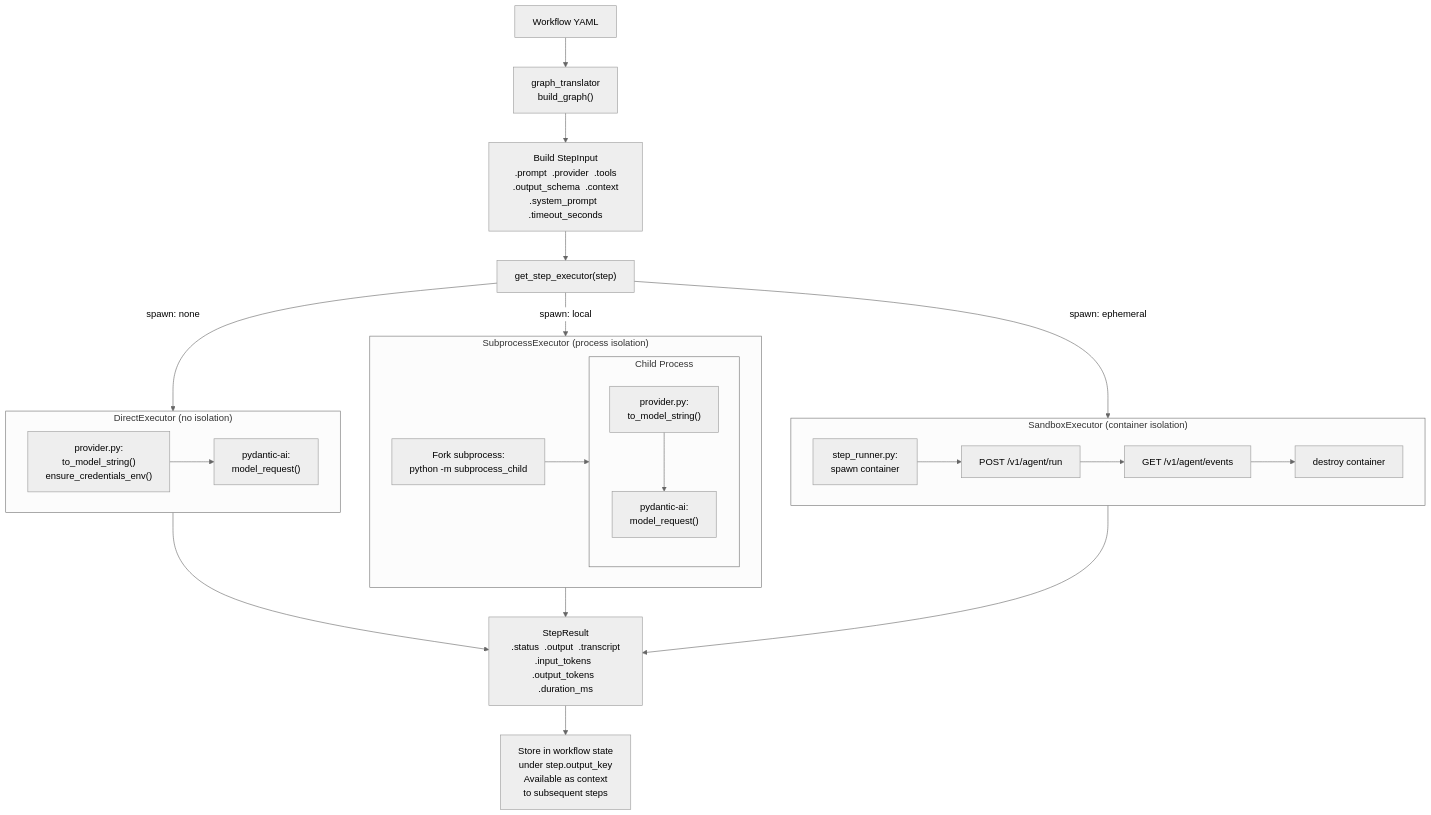
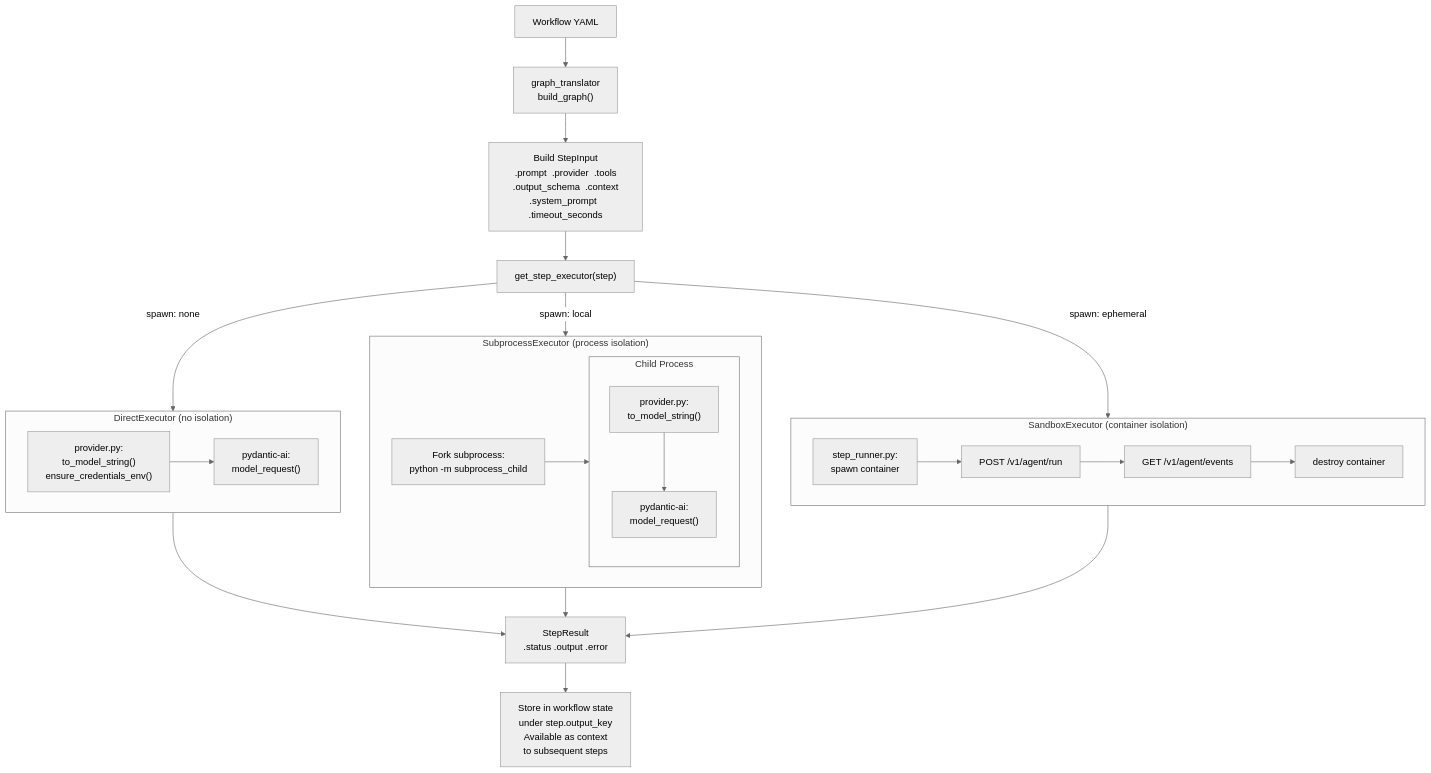
The third of 6 diagrams in docs/tool-registry-architecture.md (jameswnl/lightspeed-cloud-agents), drawn with Mermaid (neutral theme) before and after one commit. The commit also changed other lines of this file, not shown here.

First line of the commit message:
Fix remaining diagram inaccuracies

````diff
--- a/docs/tool-registry-architecture.md
+++ b/docs/tool-registry-architecture.md
@@ -94,42 +94,42 @@
 ```mermaid
 flowchart TD
     yaml["Workflow YAML"] --> translator["graph_translator<br/>build_graph()"]
 
     translator --> stepinput["Build StepInput<br/>.prompt  .provider  .tools<br/>.output_schema  .context<br/>.system_prompt  .timeout_seconds"]
 
     stepinput --> dispatch["get_step_executor(step)"]
 
     dispatch -->|"spawn: none"| direct
     dispatch -->|"spawn: local"| subprocess
     dispatch -->|"spawn: ephemeral"| sandbox
 
     subgraph direct["DirectExecutor (no isolation)"]
         d_provider["provider.py:<br/>to_model_string()<br/>ensure_credentials_env()"]
         d_llm["pydantic-ai:<br/>model_request()"]
         d_provider --> d_llm
     end
 
     subgraph subprocess["SubprocessExecutor (process isolation)"]
         s_fork["Fork subprocess:<br/>python -m subprocess_child"]
         subgraph child_proc["Child Process"]
             s_provider["provider.py:<br/>to_model_string()"]
             s_llm["pydantic-ai:<br/>model_request()"]
             s_provider --> s_llm
         end
         s_fork --> child_proc
     end
 
     subgraph sandbox["SandboxExecutor (container isolation)"]
         sb_spawn["step_runner.py:<br/>spawn container"]
         sb_run["POST /v1/agent/run"]
         sb_events["GET /v1/agent/events"]
         sb_destroy["destroy container"]
         sb_spawn --> sb_run --> sb_events --> sb_destroy
     end
 
-    direct --> result["StepResult<br/>.status  .output  .transcript<br/>.input_tokens  .output_tokens  .duration_ms"]
+    direct --> result["StepResult<br/>.status  .output  .error"]
     subprocess --> result
     sandbox --> result
 
     result --> state["Store in workflow state<br/>under step.output_key<br/>Available as context<br/>to subsequent steps"]
 ```
````
